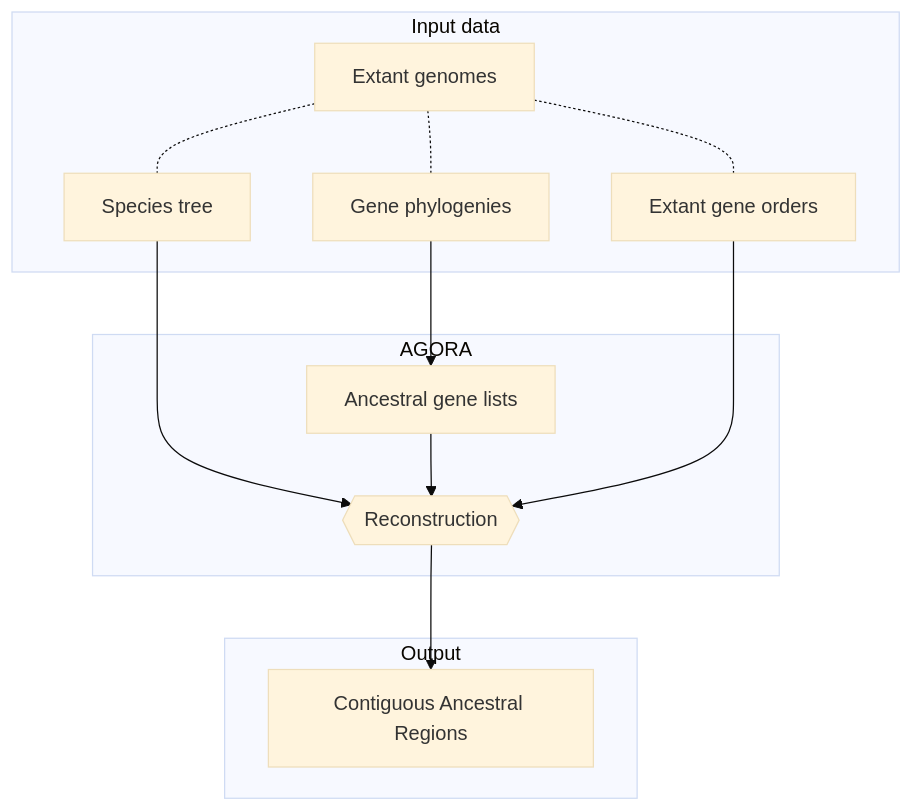
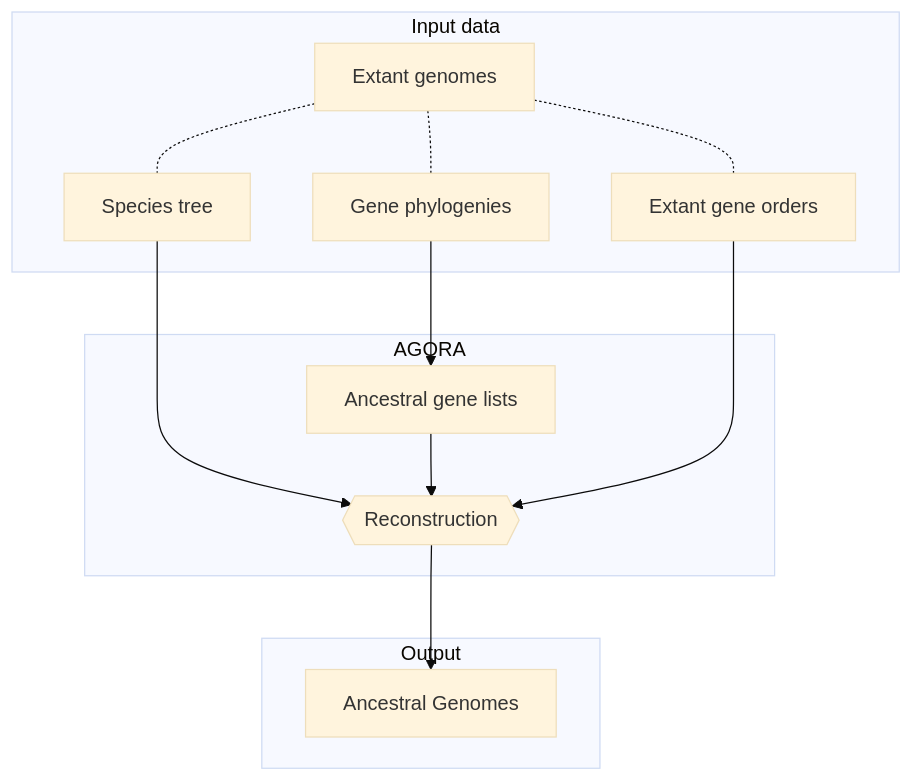
Before and after one commit to DyogenIBENS/Agora: the diagram in doc/agora.mmd, drawn with Mermaid (base theme). The commit also changed 3 other files, not shown here.

Commit message:
Contiguous Ancestral Region -> Ancestral Genome

```diff
--- a/doc/agora.mmd
+++ b/doc/agora.mmd
@@ -1,17 +1,17 @@
 graph TD
   subgraph Input data
     A[Extant genomes]
     B[Species tree]
     C[Gene phylogenies]
     D[Extant gene orders]
   end
   subgraph AGORA
     E[Ancestral gene lists]
     F{{Reconstruction}}
   end
   subgraph Output
-    G[Contiguous Ancestral Regions]
+    G[Ancestral Genomes]
   end
   A -.- B & C & D
   C --> E
   B & E & D --> F --> G
```
